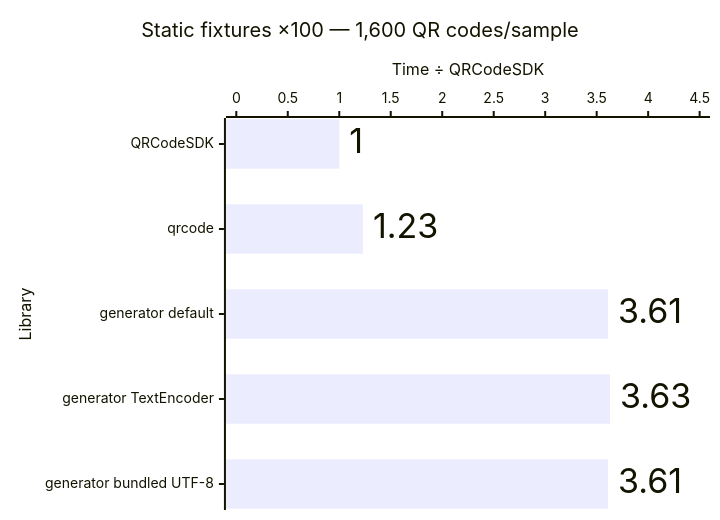
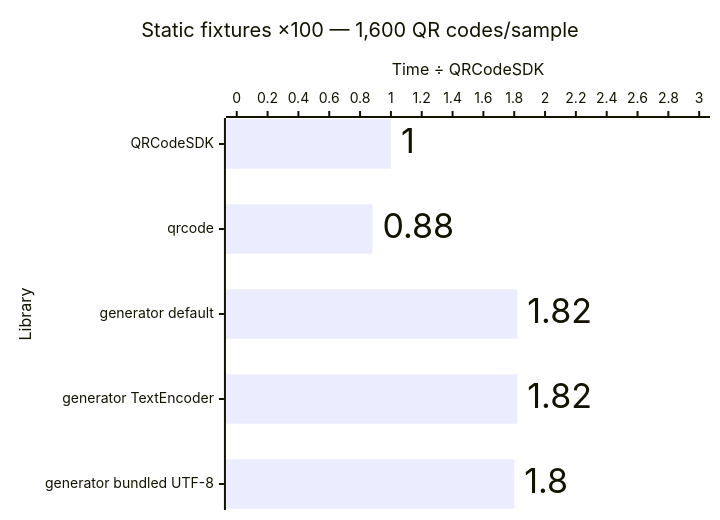
One commit to Dafnik/qrcodesdk changed the tenth of 12 diagrams in apps/docs/src/content/docs/guides/performance.md. Above: the diagram before and after it, drawn with Mermaid. The commit also changed other lines of this file, not shown here.

````diff
--- a/apps/docs/src/content/docs/guides/performance.md
+++ b/apps/docs/src/content/docs/guides/performance.md
@@ -209,15 +209,15 @@
 ```mermaid
 ---
 config:
   xyChart:
     showDataLabel: true
     showDataLabelOutsideBar: true
 ---
 xychart horizontal
   accTitle: SVG generation: Static fixtures ×100 — 1,600 QR codes/sample
-  accDescr: Relative median time compared with QRCodeSDK. QRCodeSDK 1.00 times, qrcode 1.23 times, generator default 3.61 times, generator TextEncoder 3.63 times, generator bundled UTF-8 3.61 times. Lower is better.
+  accDescr: Relative median time compared with QRCodeSDK. QRCodeSDK 1.00 times, qrcode 0.88 times, generator default 1.82 times, generator TextEncoder 1.82 times, generator bundled UTF-8 1.80 times. Lower is better.
   title "Static fixtures ×100 — 1,600 QR codes/sample"
   x-axis "Library" ["QRCodeSDK", "qrcode", "generator default", "generator TextEncoder", "generator bundled UTF-8"]
-  y-axis "Time ÷ QRCodeSDK" 0 --> 4.5
-  bar [1.00, 1.23, 3.61, 3.63, 3.61]
+  y-axis "Time ÷ QRCodeSDK" 0 --> 3.0
+  bar [1.00, 0.88, 1.82, 1.82, 1.80]
 ```
````
